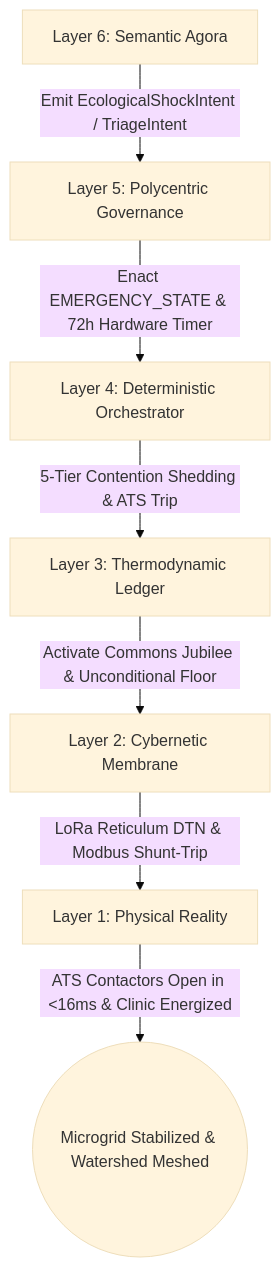
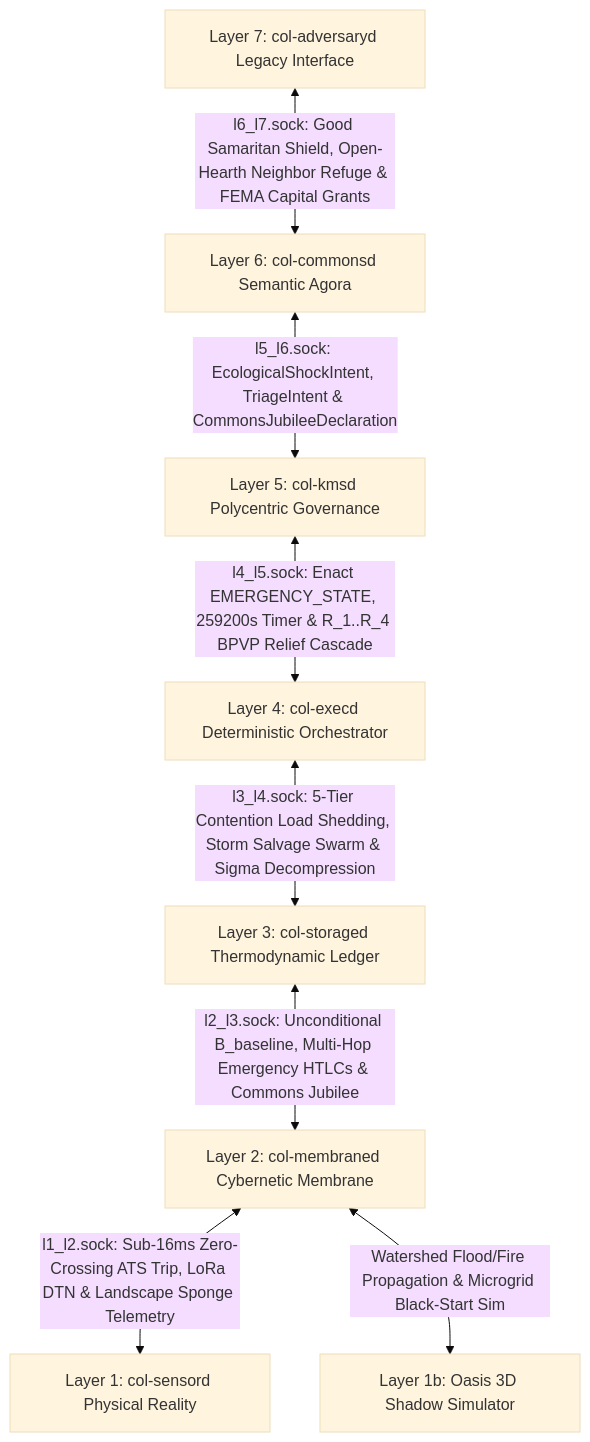
One commit to raffaine/collective changed the second of 3 diagrams in docs/scenarios/upsilon_shock.md. Above: the diagram before and after it, drawn with Mermaid (base theme). The commit also changed other lines of this file and 33 other files, not shown here.

````diff
--- a/docs/scenarios/upsilon_shock.md
+++ b/docs/scenarios/upsilon_shock.md
@@ -43,9 +93,10 @@
 ```mermaid
 graph TD
-    L6[Layer 6: Semantic Agora] -->|Emit EcologicalShockIntent / TriageIntent| L5[Layer 5: Polycentric Governance]
-    L5 -->|Enact EMERGENCY_STATE & 72h Hardware Timer| L4[Layer 4: Deterministic Orchestrator]
-    L4 -->|5-Tier Contention Shedding & ATS Trip| L3[Layer 3: Thermodynamic Ledger]
-    L3 -->|Activate Commons Jubilee & Unconditional Floor| L2[Layer 2: Cybernetic Membrane]
-    L2 -->|LoRa Reticulum DTN & Modbus Shunt-Trip| L1[Layer 1: Physical Reality]
-    L1 -->|ATS Contactors Open in <16ms & Clinic Energized| End((Microgrid Stabilized & Watershed Meshed))
+    L7[Layer 7: col-adversaryd Legacy Interface] <-->|l6_l7.sock: Good Samaritan Shield, Open-Hearth Neighbor Refuge & FEMA Capital Grants| L6[Layer 6: col-commonsd Semantic Agora]
+    L6 <-->|l5_l6.sock: EcologicalShockIntent, TriageIntent & CommonsJubileeDeclaration| L5[Layer 5: col-kmsd Polycentric Governance]
+    L5 <-->|l4_l5.sock: Enact EMERGENCY_STATE, 259200s Timer & R_1..R_4 BPVP Relief Cascade| L4[Layer 4: col-execd Deterministic Orchestrator]
+    L4 <-->|l3_l4.sock: 5-Tier Contention Load Shedding, Storm Salvage Swarm & Sigma Decompression| L3[Layer 3: col-storaged Thermodynamic Ledger]
+    L3 <-->|l2_l3.sock: Unconditional B_baseline, Multi-Hop Emergency HTLCs & Commons Jubilee| L2[Layer 2: col-membraned Cybernetic Membrane]
+    L2 <-->|l1_l2.sock: Sub-16ms Zero-Crossing ATS Trip, LoRa DTN & Landscape Sponge Telemetry| L1[Layer 1: col-sensord Physical Reality]
+    L2 <-->|Watershed Flood/Fire Propagation & Microgrid Black-Start Sim| L1b[Layer 1b: Oasis 3D Shadow Simulator]
 ```
````
